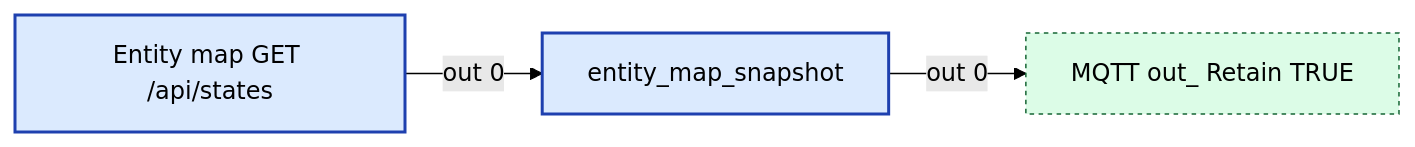
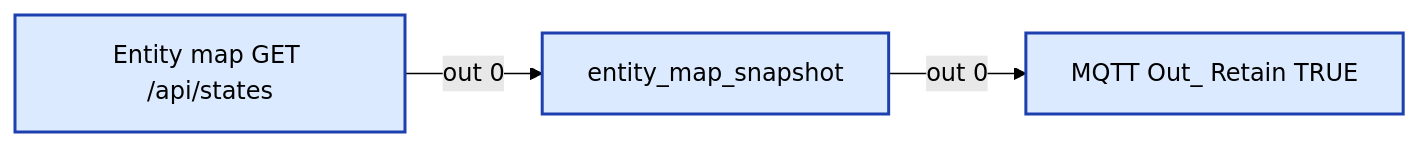
Before and after one commit to Backroads4Me/librecoach-node-red: diagram 14 of 35 in src/wiring/config.md, drawn with Mermaid (forest theme). The commit also changed other lines of this file and 2 other files, not shown here.

````diff
--- a/src/wiring/config.md
+++ b/src/wiring/config.md
@@ -511,14 +511,14 @@
 ```mermaid
 flowchart LR
   classDef fn fill:#dbeafe,stroke:#1e40af,stroke-width:2px
   classDef ui fill:#ede9fe,stroke:#5b21b6,stroke-width:2px
   classDef sub fill:#fef3c7,stroke:#92400e,stroke-width:2px
   classDef link fill:#dcfce7,stroke:#166534,stroke-width:1px,stroke-dasharray:3 3
   classDef config fill:#f3f4f6,stroke:#6b7280,stroke-width:1px,stroke-dasharray:2 2
   classDef disabled opacity:0.5,stroke-dasharray:4 4
-  n_entitymapret["MQTT out_ Retain TRUE"]:::link
+  n_1ed37bf72535["MQTT Out_ Retain TRUE"]:::fn
   n_entitymapsna["entity_map_snapshot"]:::fn
   n_entitymapsta["Entity map GET /api/states"]:::fn
-  n_entitymapsna -->|out 0| n_entitymapret
+  n_entitymapsna -->|out 0| n_1ed37bf72535
   n_entitymapsta -->|out 0| n_entitymapsna
 ```
````
